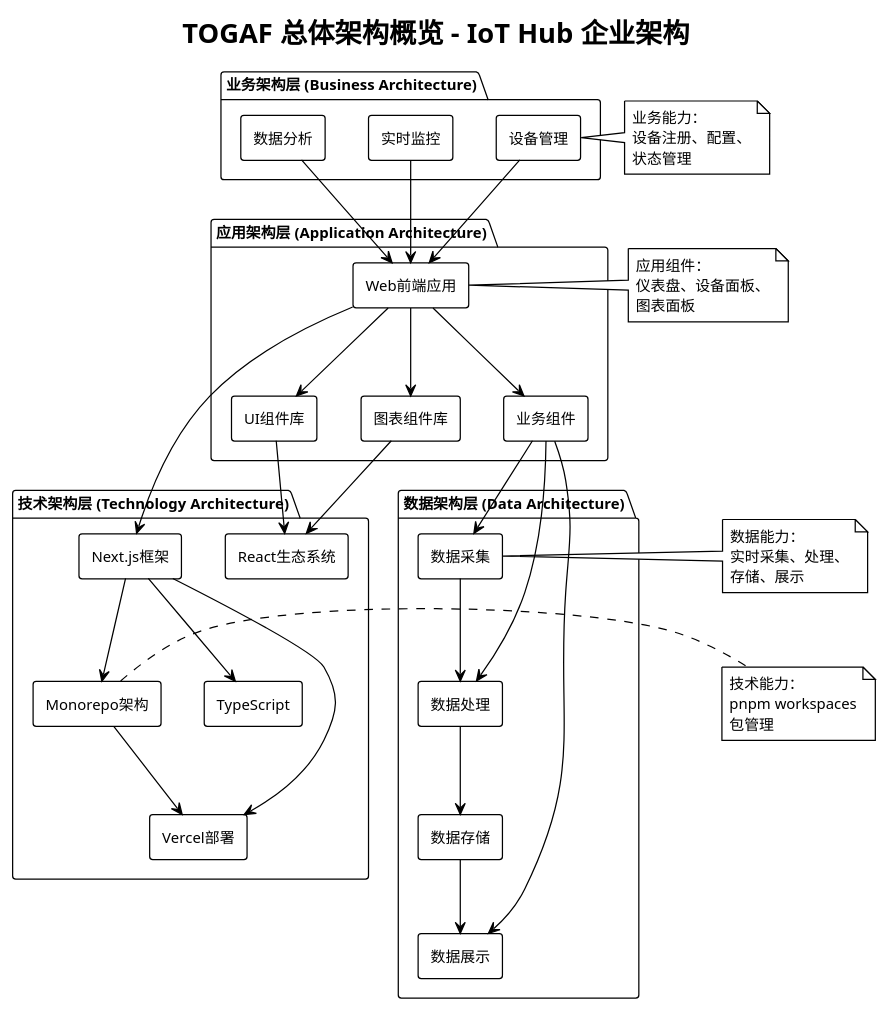
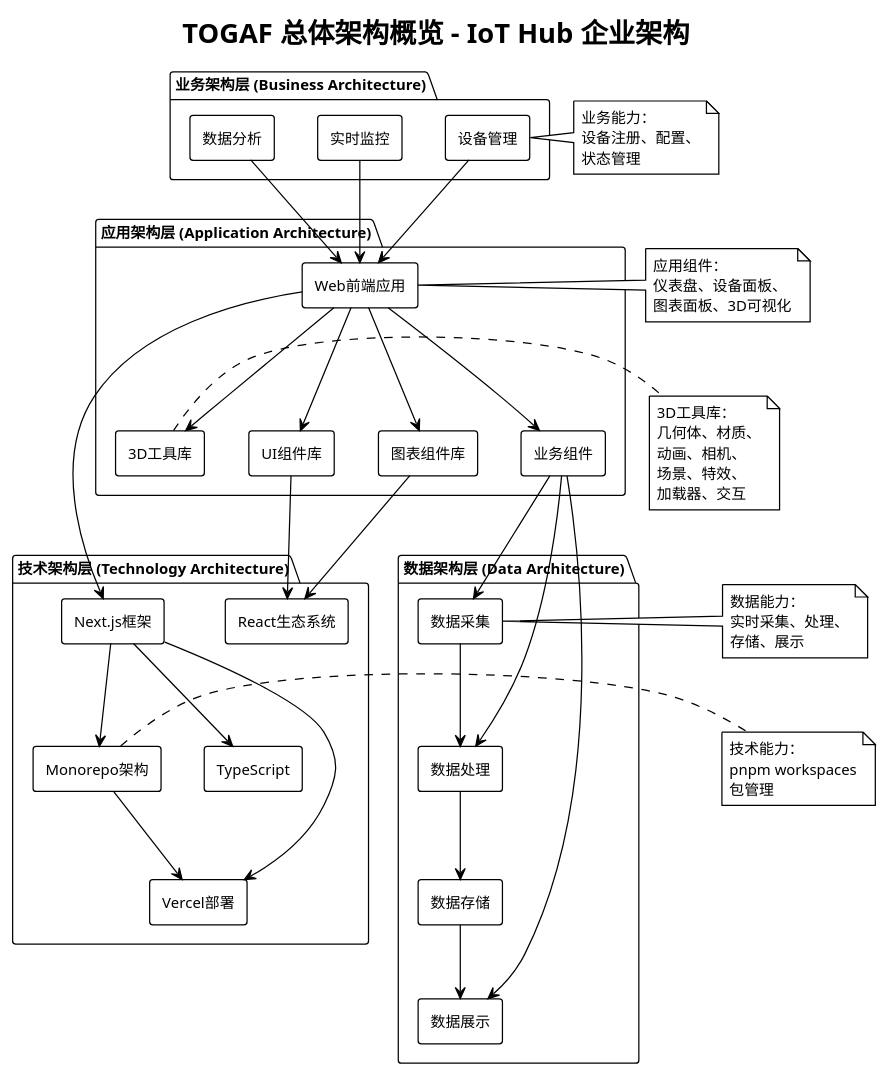
Before and after one commit to felixzhu97/IoT-project: the diagram in docs/togaf/overview.puml, drawn with PlantUML. The commit also changed 4 other files, not shown here.

Commit message:
docs: Update README and architecture diagrams to include @iot/three-utils package and its functionalities, enhancing clarity on 3D tools integration

```diff
--- a/docs/togaf/overview.puml
+++ b/docs/togaf/overview.puml
@@ -1,92 +1,102 @@
 @startuml TOGAF_Overview
 !theme plain
 skinparam componentStyle rectangle
 skinparam backgroundColor #FFFFFF
 skinparam defaultFontSize 12
 
 title TOGAF 总体架构概览 - IoT Hub 企业架构
 
 package "业务架构层 (Business Architecture)" {
   [设备管理] as BizDeviceMgmt
   [实时监控] as BizRealTime
   [数据分析] as BizDataAnalysis
 }
 
 package "应用架构层 (Application Architecture)" {
   [Web前端应用] as AppWebFrontend
   [UI组件库] as AppUIComponents
   [图表组件库] as AppChartComponents
+  [3D工具库] as AppThreeUtils
   [业务组件] as AppBusinessComponents
 }
 
 package "数据架构层 (Data Architecture)" {
   [数据采集] as DataCollection
   [数据处理] as DataProcessing
   [数据存储] as DataStorage
   [数据展示] as DataPresentation
 }
 
 package "技术架构层 (Technology Architecture)" {
   [Next.js框架] as TechNextJS
   [React生态系统] as TechReact
   [TypeScript] as TechTypeScript
   [Monorepo架构] as TechMonorepo
   [Vercel部署] as TechVercel
 }
 
 ' 业务架构到应用架构
 BizDeviceMgmt --> AppWebFrontend
 BizRealTime --> AppWebFrontend
 BizDataAnalysis --> AppWebFrontend
 
 ' 应用架构内部关系
 AppWebFrontend --> AppUIComponents
 AppWebFrontend --> AppChartComponents
+AppWebFrontend --> AppThreeUtils
 AppWebFrontend --> AppBusinessComponents
 
 ' 应用架构到数据架构
 AppBusinessComponents --> DataCollection
 AppBusinessComponents --> DataProcessing
 AppBusinessComponents --> DataPresentation
 
 ' 数据架构内部关系
 DataCollection --> DataProcessing
 DataProcessing --> DataStorage
 DataStorage --> DataPresentation
 
 ' 应用架构到技术架构
 AppWebFrontend --> TechNextJS
 AppUIComponents --> TechReact
 AppChartComponents --> TechReact
 TechNextJS --> TechTypeScript
 TechNextJS --> TechMonorepo
 
 ' 技术架构到部署
 TechNextJS --> TechVercel
 TechMonorepo --> TechVercel
 
 note right of BizDeviceMgmt
   业务能力：
   设备注册、配置、
   状态管理
 end note
 
 note right of AppWebFrontend
   应用组件：
   仪表盘、设备面板、
-  图表面板
+  图表面板、3D可视化
+end note
+
+note right of AppThreeUtils
+  3D工具库：
+  几何体、材质、
+  动画、相机、
+  场景、特效、
+  加载器、交互
 end note
 
 note right of DataCollection
   数据能力：
   实时采集、处理、
   存储、展示
 end note
 
 note right of TechMonorepo
   技术能力：
   pnpm workspaces
   包管理
 end note
 
 @enduml
```
